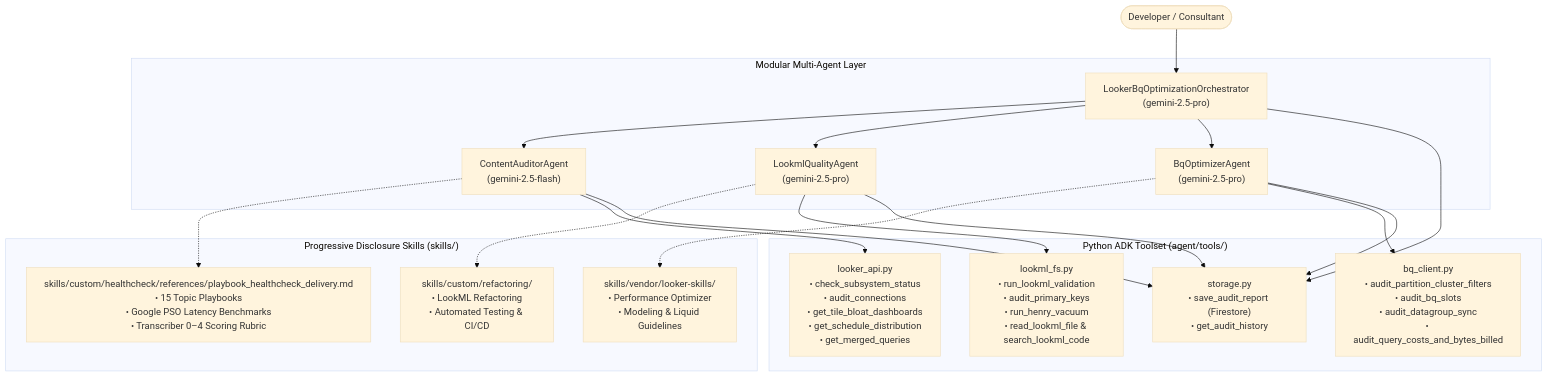
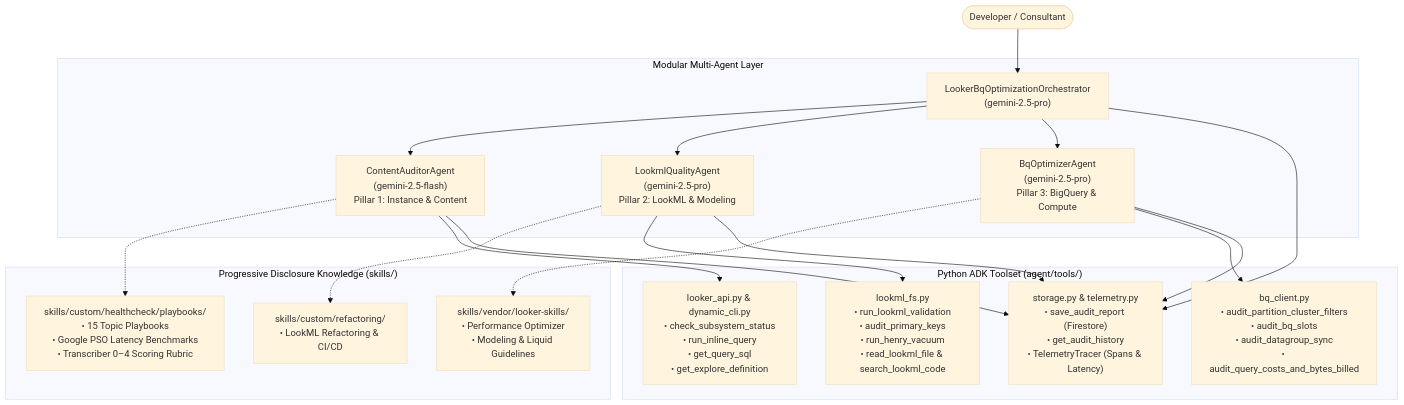
The diagram in README.md (sam-pitcher/looker-healthcheck-skills), drawn with Mermaid (base theme) before and after one commit. The commit also changed other lines of this file and 1 other file, not shown here.

Commit message:
docs: consolidate architecture & user guide into comprehensive README.md

````diff
--- a/README.md
+++ b/README.md
@@ -11,35 +38,35 @@
 ```mermaid
 graph TD
     USER(["Developer / Consultant"]) --> ROOT["LookerBqOptimizationOrchestrator<br/>(gemini-2.5-pro)"]
 
     subgraph Multi_Agent_Layer["Modular Multi-Agent Layer"]
-        ROOT --> SUB1["ContentAuditorAgent<br/>(gemini-2.5-flash)"]
-        ROOT --> SUB2["LookmlQualityAgent<br/>(gemini-2.5-pro)"]
-        ROOT --> SUB3["BqOptimizerAgent<br/>(gemini-2.5-pro)"]
+        ROOT --> SUB1["ContentAuditorAgent<br/>(gemini-2.5-flash)<br/>Pillar 1: Instance & Content"]
+        ROOT --> SUB2["LookmlQualityAgent<br/>(gemini-2.5-pro)<br/>Pillar 2: LookML & Modeling"]
+        ROOT --> SUB3["BqOptimizerAgent<br/>(gemini-2.5-pro)<br/>Pillar 3: BigQuery & Compute"]
     end
 
-    subgraph Progressive_Skills["Progressive Disclosure Skills (skills/)"]
-        SKILL1["skills/custom/healthcheck/references/playbook_healthcheck_delivery.md<br/>• 15 Topic Playbooks<br/>• Google PSO Latency Benchmarks<br/>• Transcriber 0–4 Scoring Rubric"]
-        SKILL2["skills/custom/refactoring/<br/>• LookML Refactoring<br/>• Automated Testing & CI/CD"]
+    subgraph Progressive_Skills["Progressive Disclosure Knowledge (skills/)"]
+        SKILL1["skills/custom/healthcheck/playbooks/<br/>• 15 Topic Playbooks<br/>• Google PSO Latency Benchmarks<br/>• Transcriber 0–4 Scoring Rubric"]
+        SKILL2["skills/custom/refactoring/<br/>• LookML Refactoring & CI/CD"]
         SKILL3["skills/vendor/looker-skills/<br/>• Performance Optimizer<br/>• Modeling & Liquid Guidelines"]
     end
 
     subgraph Deterministic_Tools["Python ADK Toolset (agent/tools/)"]
-        TOOL1["looker_api.py<br/>• check_subsystem_status<br/>• audit_connections<br/>• get_tile_bloat_dashboards<br/>• get_schedule_distribution<br/>• get_merged_queries"]
+        TOOL1["looker_api.py & dynamic_cli.py<br/>• check_subsystem_status<br/>• run_inline_query<br/>• get_query_sql<br/>• get_explore_definition"]
         TOOL2["lookml_fs.py<br/>• run_lookml_validation<br/>• audit_primary_keys<br/>• run_henry_vacuum<br/>• read_lookml_file & search_lookml_code"]
         TOOL3["bq_client.py<br/>• audit_partition_cluster_filters<br/>• audit_bq_slots<br/>• audit_datagroup_sync<br/>• audit_query_costs_and_bytes_billed"]
-        TOOL4["storage.py<br/>• save_audit_report (Firestore)<br/>• get_audit_history"]
+        TOOL4["storage.py & telemetry.py<br/>• save_audit_report (Firestore)<br/>• get_audit_history<br/>• TelemetryTracer (Spans & Latency)"]
     end
 
     SUB1 -.-> SKILL1
     SUB2 -.-> SKILL2
     SUB3 -.-> SKILL3
 
     SUB1 --> TOOL1
     SUB2 --> TOOL2
     SUB3 --> TOOL3
     ROOT --> TOOL4
     SUB1 --> TOOL4
     SUB2 --> TOOL4
     SUB3 --> TOOL4
 ```
````
